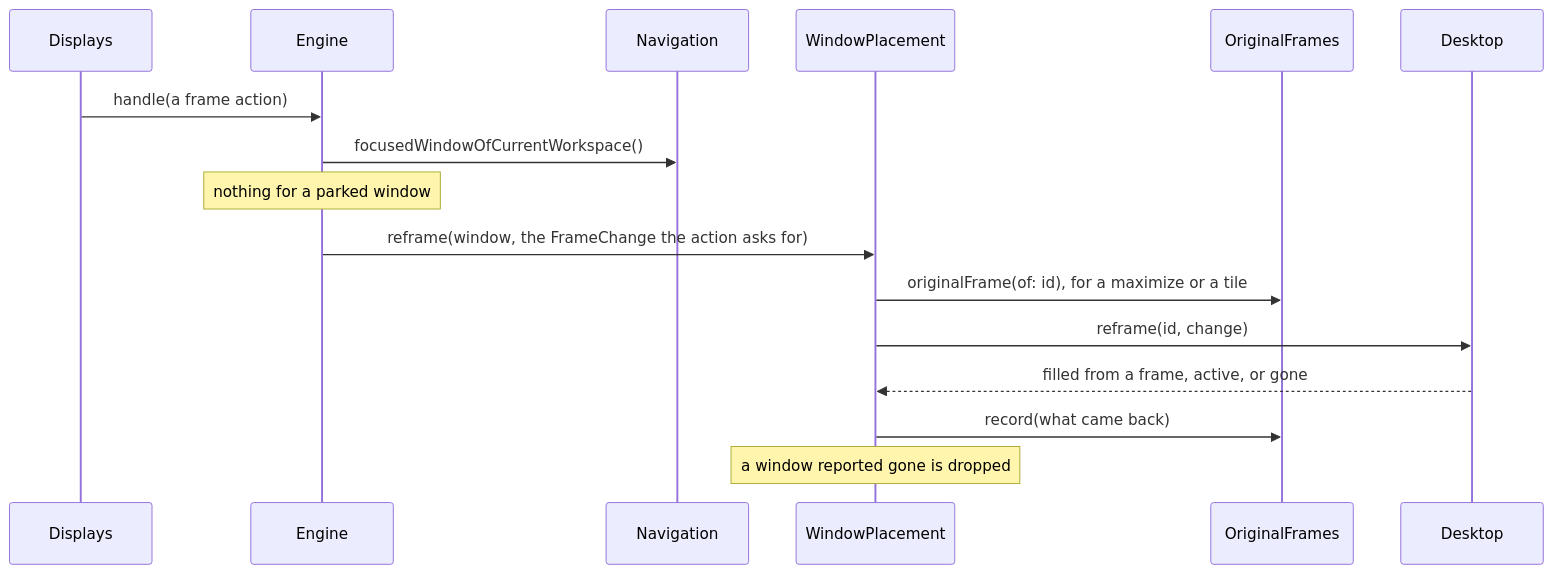
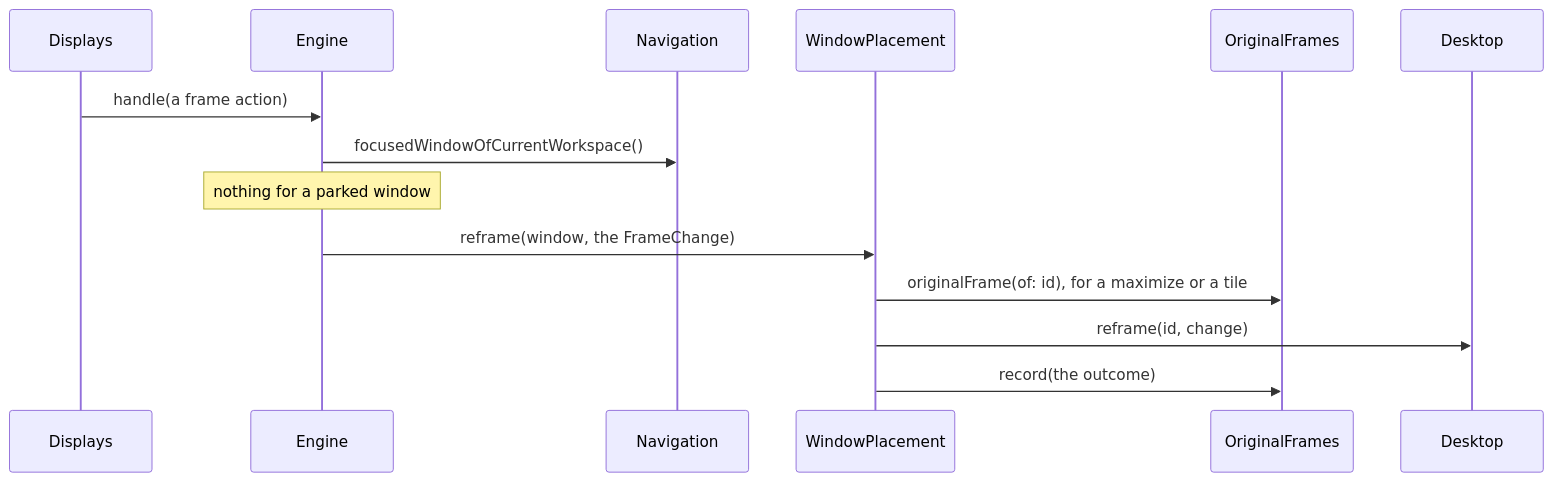
One commit to brennovich/ottowm changed diagram 14 of 25 in ARCHITECTURE.md. Above: the diagram before and after it, drawn with Mermaid. The commit also changed other lines of this file, not shown here.

````diff
--- a/ARCHITECTURE.md
+++ b/ARCHITECTURE.md
@@ -382,12 +349,10 @@
 ```mermaid
 sequenceDiagram
     Displays->>Engine: handle(a frame action)
     Engine->>Navigation: focusedWindowOfCurrentWorkspace()
     Note over Engine: nothing for a parked window
-    Engine->>WindowPlacement: reframe(window, the FrameChange the action asks for)
+    Engine->>WindowPlacement: reframe(window, the FrameChange)
     WindowPlacement->>OriginalFrames: originalFrame(of: id), for a maximize or a tile
     WindowPlacement->>Desktop: reframe(id, change)
-    Desktop-->>WindowPlacement: filled from a frame, active, or gone
-    WindowPlacement->>OriginalFrames: record(what came back)
-    Note over WindowPlacement: a window reported gone is dropped
+    WindowPlacement->>OriginalFrames: record(the outcome)
 ```
````
